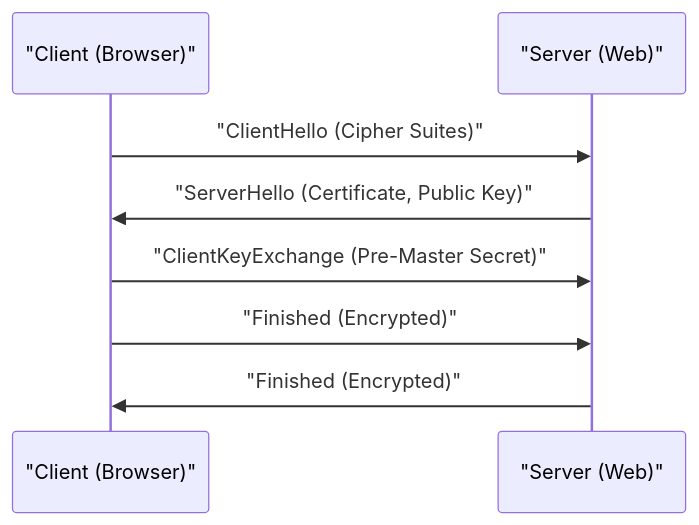
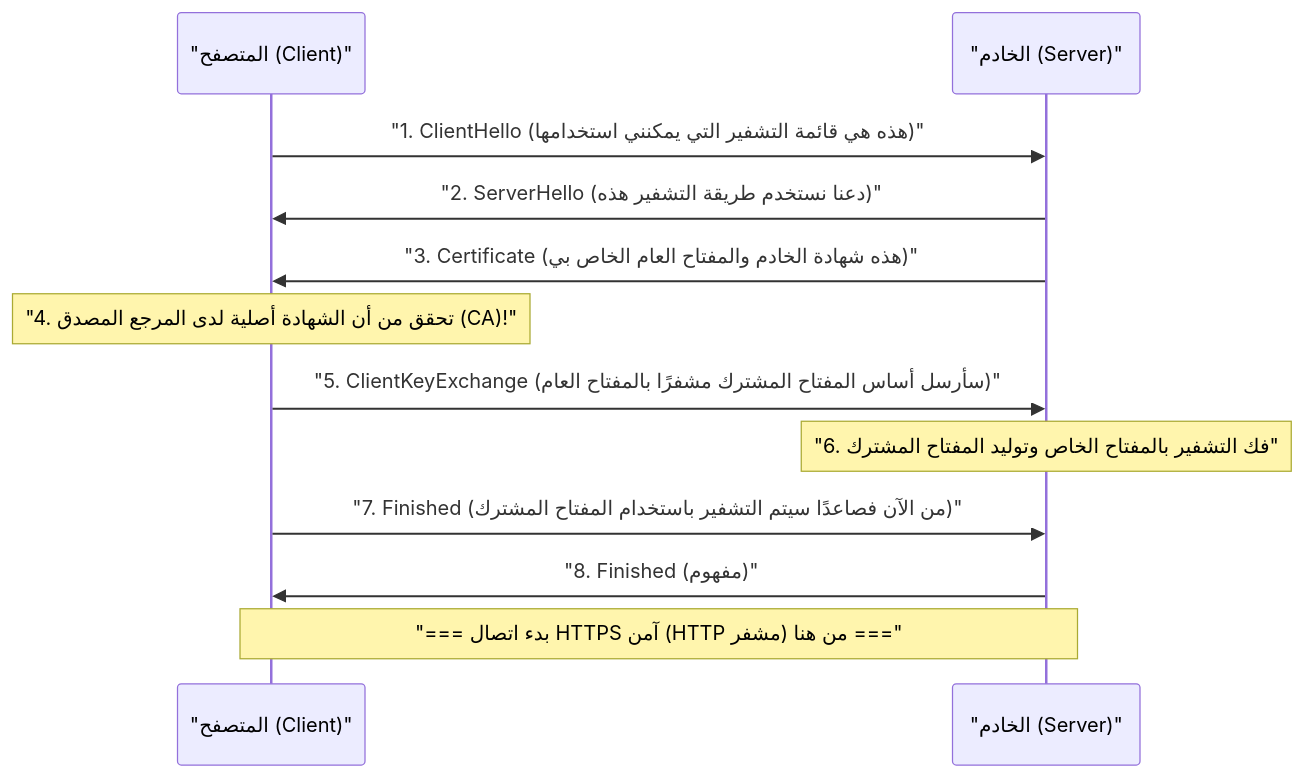
One commit to kenjinote/blog changed the diagram in content/post/history-of-https/index.ar.md. Above: the diagram before and after it, drawn with Mermaid. The commit also changed other lines of this file and 67 other files, not shown here.

````diff
--- a/content/post/history-of-https/index.ar.md
+++ b/content/post/history-of-https/index.ar.md
@@ -23,10 +59,14 @@
 ```mermaid
 sequenceDiagram
-    participant C as "Client (Browser)"
-    participant S as "Server (Web)"
-    C->>S: "ClientHello (Cipher Suites)"
-    S->>C: "ServerHello (Certificate, Public Key)"
-    C->>S: "ClientKeyExchange (Pre-Master Secret)"
-    C->>S: "Finished (Encrypted)"
-    S->>C: "Finished (Encrypted)"
+    participant B as "المتصفح (Client)"
+    participant S as "الخادم (Server)"
+    B->>S: "1. ClientHello (هذه هي قائمة التشفير التي يمكنني استخدامها)"
+    S->>B: "2. ServerHello (دعنا نستخدم طريقة التشفير هذه)"
+    S->>B: "3. Certificate (هذه شهادة الخادم والمفتاح العام الخاص بي)"
+    Note over B: "4. تحقق من أن الشهادة أصلية لدى المرجع المصدق (CA)!"
+    B->>S: "5. ClientKeyExchange (سأرسل أساس المفتاح المشترك مشفرًا بالمفتاح العام)"
+    Note over S: "6. فك التشفير بالمفتاح الخاص وتوليد المفتاح المشترك"
+    B->>S: "7. Finished (من الآن فصاعدًا سيتم التشفير باستخدام المفتاح المشترك)"
+    S->>B: "8. Finished (مفهوم)"
+    Note over B,S: "=== بدء اتصال HTTPS آمن (HTTP مشفر) من هنا ==="
 ```
````
